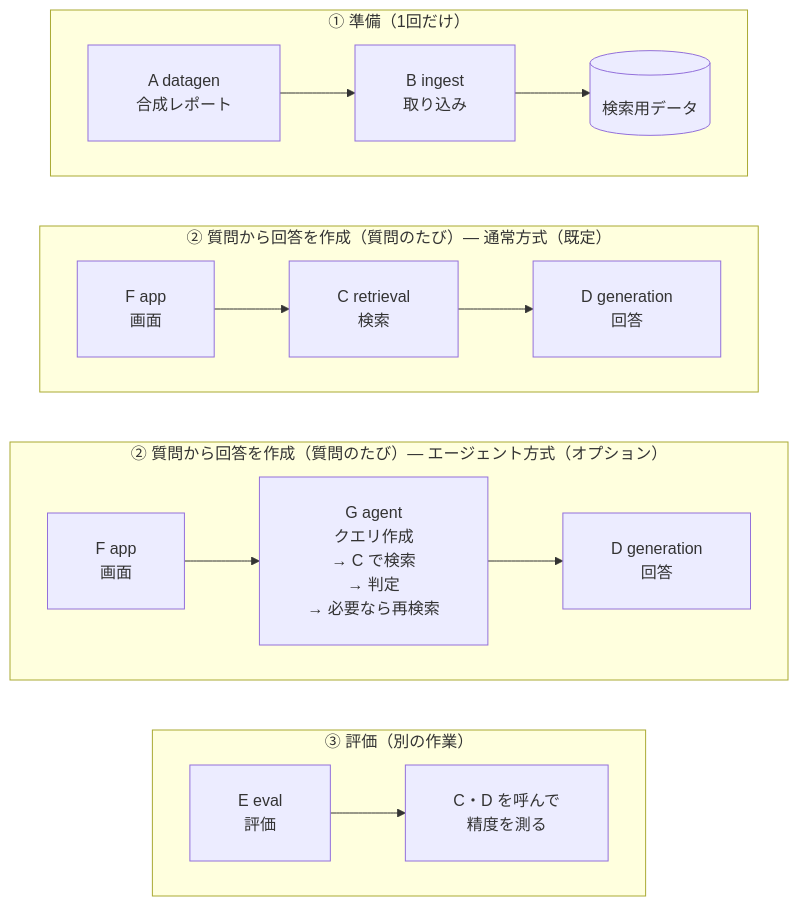
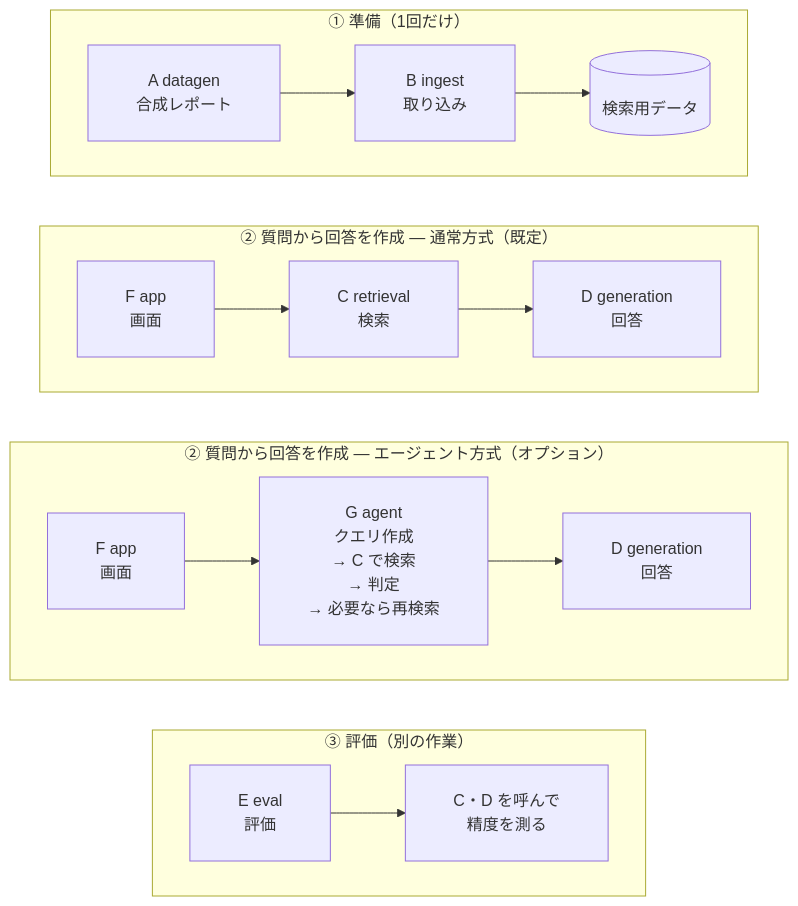
One commit to satoshi-abe-dev/silo-rag changed the first of 3 diagrams in README_ja.md. Above: the diagram before and after it, drawn with Mermaid. The commit also changed other lines of this file and 1 other file, not shown here.

Commit message:
Drop the redundant 'every question' from the part 2 title
'Create an answer from the question' already says it runs for each question.

````diff
--- a/README_ja.md
+++ b/README_ja.md
@@ -125,23 +125,23 @@
 ```mermaid
 %%{init: {"flowchart": {"padding": 24, "wrappingWidth": 400}}}%%
 graph TB
     subgraph prep["① 準備（1回だけ）"]
         direction LR
         A["A datagen<br/>合成レポート"] --> B["B ingest<br/>取り込み"] --> DB[("検索用データ")]
     end
-    subgraph plain["② 質問から回答を作成（質問のたび）― 通常方式（既定）"]
+    subgraph plain["② 質問から回答を作成 ― 通常方式（既定）"]
         direction LR
         F1["F app<br/>画面"] --> C1["C retrieval<br/>検索"] --> D1["D generation<br/>回答"]
     end
-    subgraph agent["② 質問から回答を作成（質問のたび）― エージェント方式（オプション）"]
+    subgraph agent["② 質問から回答を作成 ― エージェント方式（オプション）"]
         direction LR
         F2["F app<br/>画面"] --> G["G agent<br/>クエリ作成<br/>→ C で検索<br/>→ 判定<br/>→ 必要なら再検索"] --> D2["D generation<br/>回答"]
     end
     subgraph ev["③ 評価（別の作業）"]
         direction LR
         E["E eval<br/>評価"] --> CD["C・D を呼んで<br/>精度を測る"]
     end
     prep ~~~ plain
     plain ~~~ agent
     agent ~~~ ev
 ```
````
